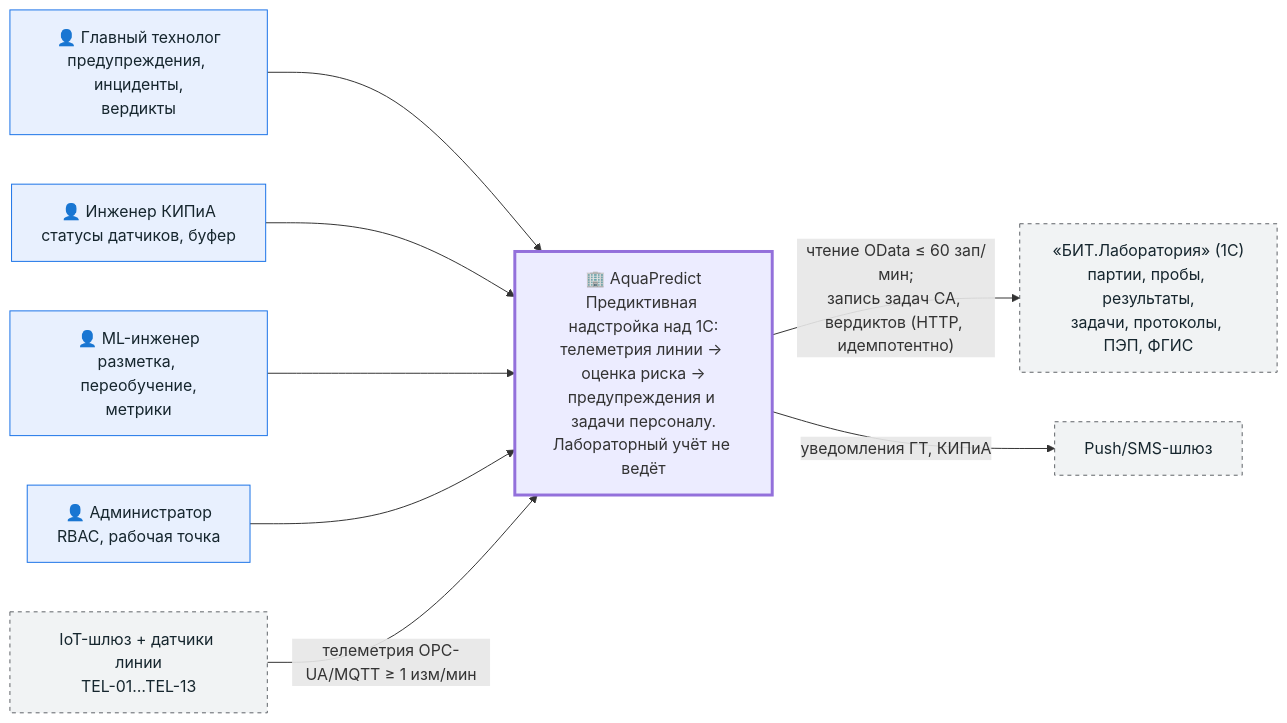
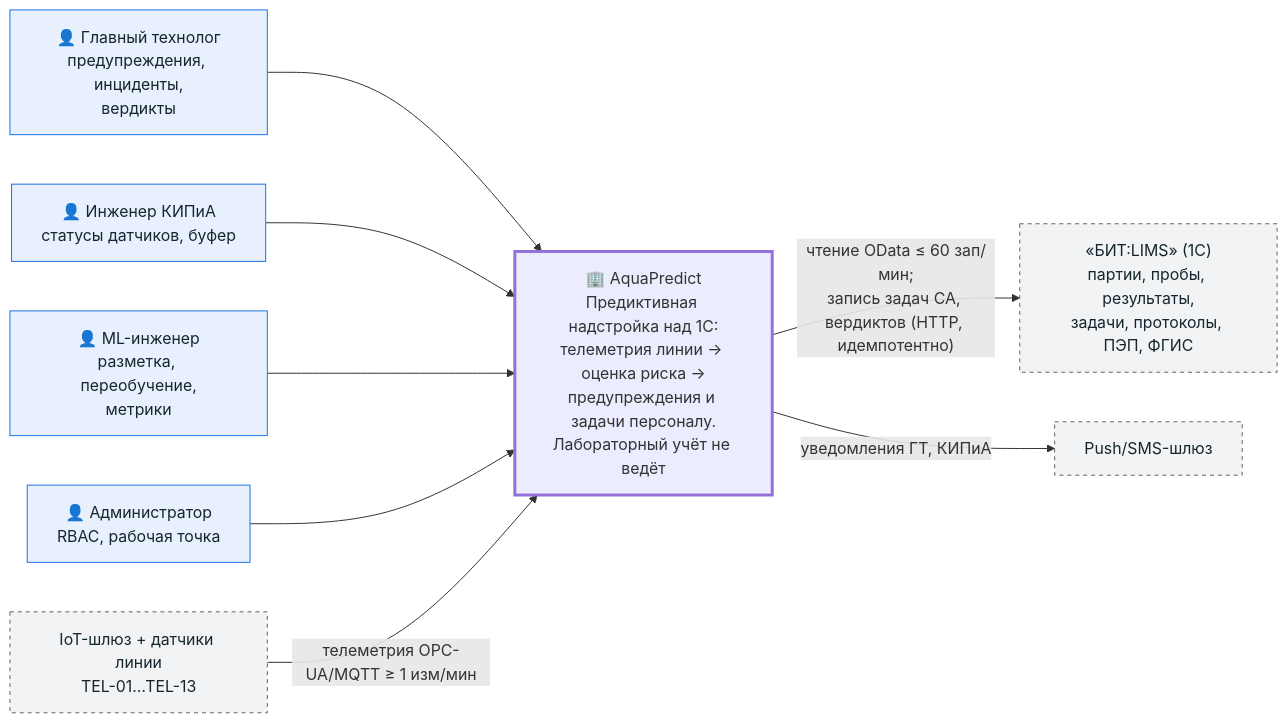
One commit to igorvolk1961/water_checker changed the diagram in docs/system_analysis/diagrams/c4_context.md. Above: the diagram before and after it, drawn with Mermaid. The commit also changed 45 other files, not shown here.

Commit message:
Rename product to БИТ:LIMS across docs/diagrams/code; document real-API access status and integration bridge

````diff
--- a/docs/system_analysis/diagrams/c4_context.md
+++ b/docs/system_analysis/diagrams/c4_context.md
@@ -5,26 +5,26 @@
 ```mermaid
 flowchart LR
   classDef person fill:#e8f0fe,stroke:#1a73e8,color:#16262e
   classDef system fill:#e2f1f2,stroke:#0e7c86,stroke-width:2px,color:#16262e
   classDef ext fill:#f1f3f4,stroke:#5f6368,stroke-dasharray:4,color:#16262e
 
   ГТ["👤 Главный технолог<br/>предупреждения, инциденты,<br/>вердикты"]:::person
   КИП["👤 Инженер КИПиА<br/>статусы датчиков, буфер"]:::person
   DS["👤 ML-инженер<br/>разметка, переобучение,<br/>метрики"]:::person
   АДМ["👤 Администратор<br/>RBAC, рабочая точка"]:::person
 
   AP["🏢 AquaPredict<br/>Предиктивная надстройка над 1С:<br/>телеметрия линии → оценка риска →<br/>предупреждения и задачи персоналу.<br/>Лабораторный учёт не ведёт"]
   style AP stroke-width:3px
 
-  ONEC["«БИТ.Лаборатория» (1С)<br/>партии, пробы, результаты,<br/>задачи, протоколы, ПЭП, ФГИС"]:::ext
+  ONEC["«БИТ:LIMS» (1С)<br/>партии, пробы, результаты,<br/>задачи, протоколы, ПЭП, ФГИС"]:::ext
   GW["IoT-шлюз + датчики линии<br/>TEL-01…TEL-13"]:::ext
   PUSH["Push/SMS-шлюз"]:::ext
 
   ГТ --> AP
   КИП --> AP
   DS --> AP
   АДМ --> AP
   AP -- "чтение OData ≤ 60 зап/мин;<br/>запись задач CA, вердиктов (HTTP, идемпотентно)" --> ONEC
   GW -- "телеметрия OPC-UA/MQTT ≥ 1 изм/мин" --> AP
   AP -- "уведомления ГТ, КИПиА" --> PUSH
 ```
````
